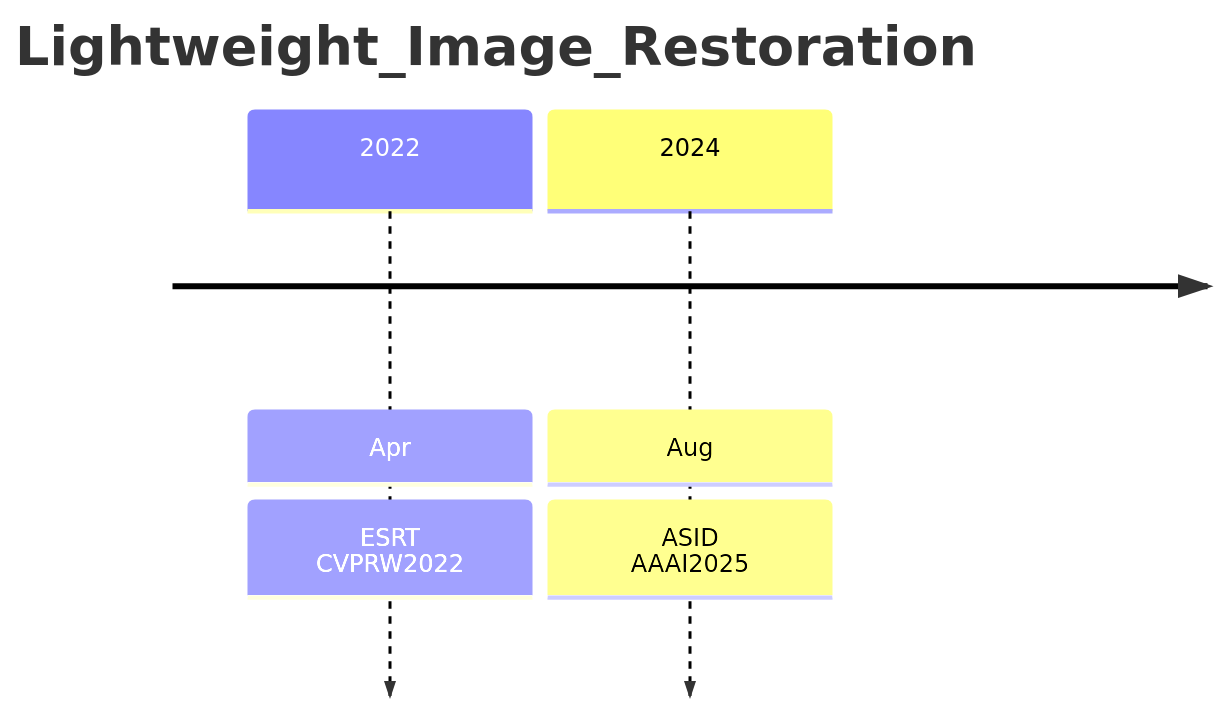
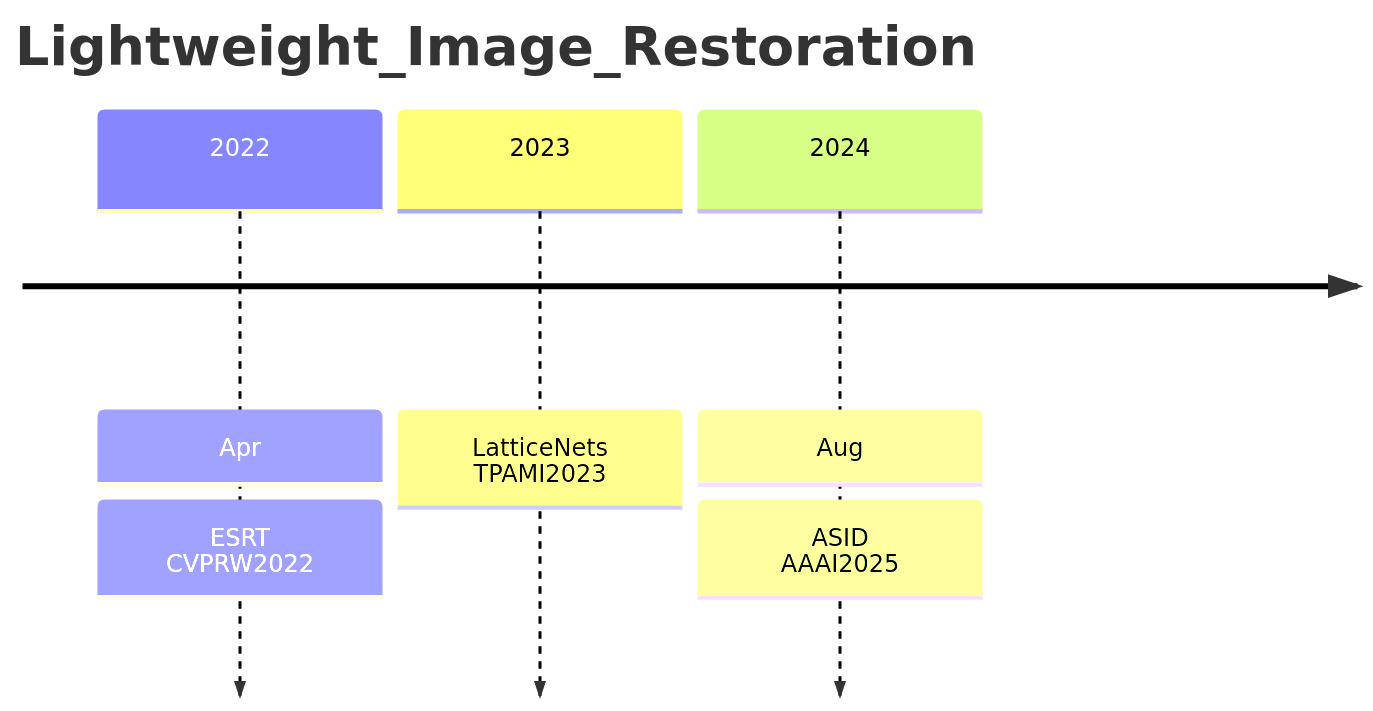
One commit to Elephant-King9/Paper changed the first of 4 diagrams in CV/Lightweight/analyse.md. Above: the diagram before and after it, drawn with Mermaid. The commit also changed other lines of this file and 20 other files, not shown here.

````diff
--- a/CV/Lightweight/analyse.md
+++ b/CV/Lightweight/analyse.md
@@ -5,8 +5,9 @@
 ```mermaid
 timeline
     title Lightweight_Image_Restoration
     2022: Apr
     		: ESRT<br>CVPRW2022
+    2023: LatticeNets<br>TPAMI2023
     2024: Aug
     		: ASID<br>AAAI2025 
 ```
````
